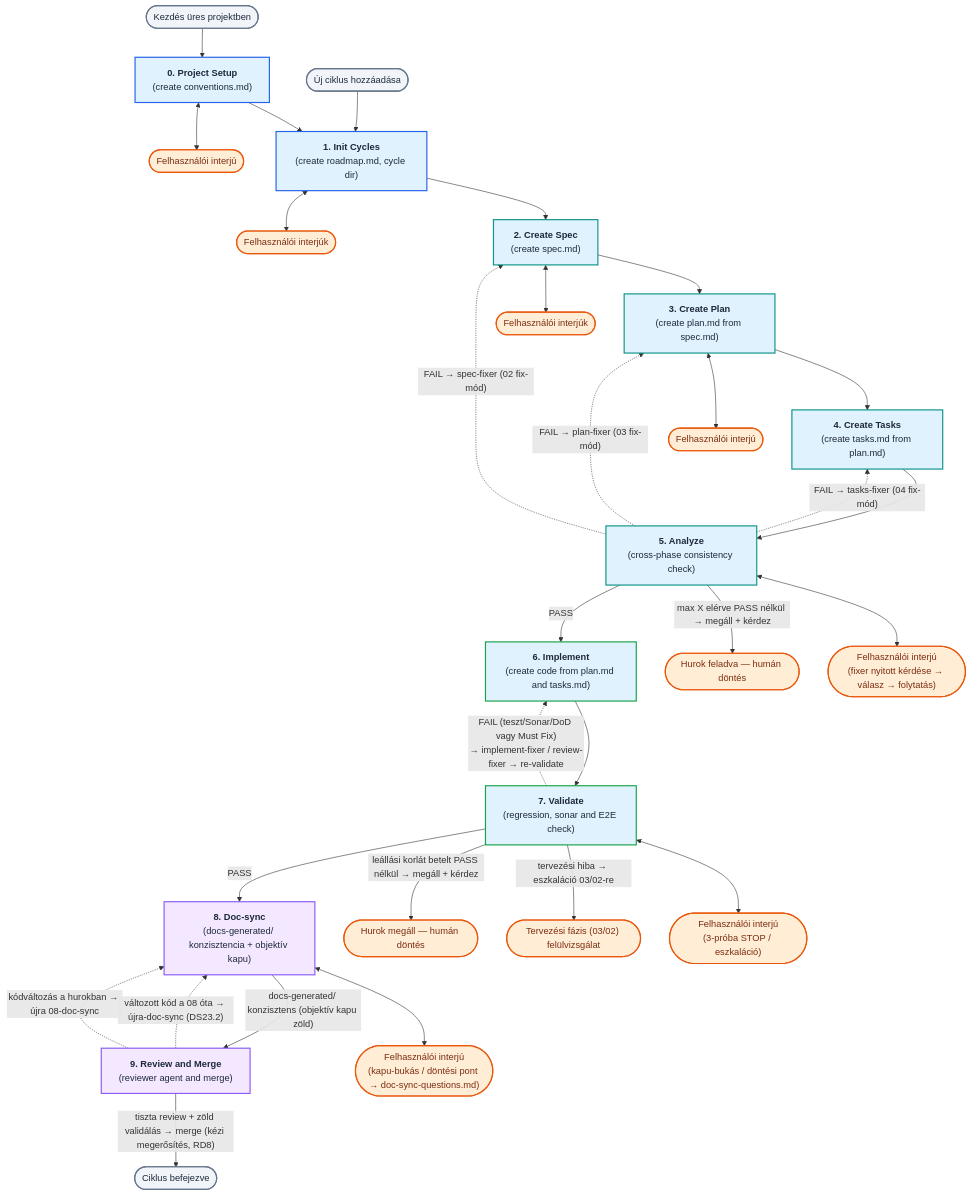
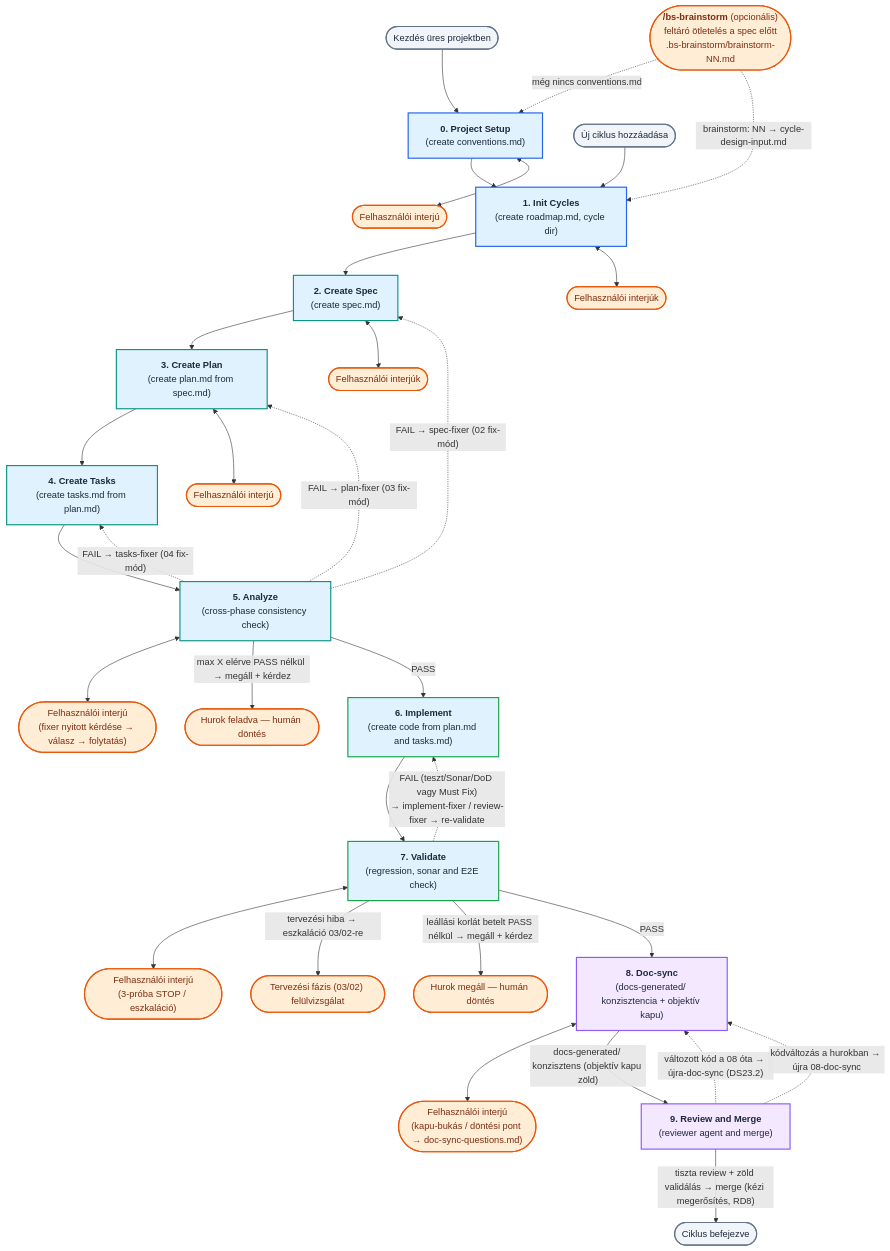
Before and after one commit to berkiadam/berkispec: the first of 5 diagrams in README.md, drawn with Mermaid. The commit also changed other lines of this file and 7 other files, not shown here.

```diff
--- a/README.md
+++ b/README.md
@@ -291,6 +318,7 @@
     %% Kezdőpontok
     Start1(["Kezdés üres projektben"]):::start
     Start2(["Új ciklus hozzáadása"]):::start
+    BS(["<b>/bs-brainstorm</b> (opcionális)<br/>feltáró ötletelés a spec előtt<br/>.bs-brainstorm/brainstorm-NN.md"]):::userInput
 
     %% Fázisok dobozai
     0["<b>0. Project Setup</b><br/>(create conventions.md)"]:::setup
@@ -314,6 +342,11 @@
     %% Kezdő kapcsolatok
     Start1 --> 0
     Start2 --> 1
+
+    %% Opcionális előszoba: a brainstorm nem fázis — a munkafájlból desztillált
+    %% cycle-design-input.md-n keresztül ad bemenetet a 00/01 fázisnak (BS18).
+    BS -. "még nincs conventions.md" .-> 0
+    BS -. "brainstorm: NN → cycle-design-input.md" .-> 1
 
     %% Fázisok közötti átmenetek és visszacsatolások
     0 --> 1
```
